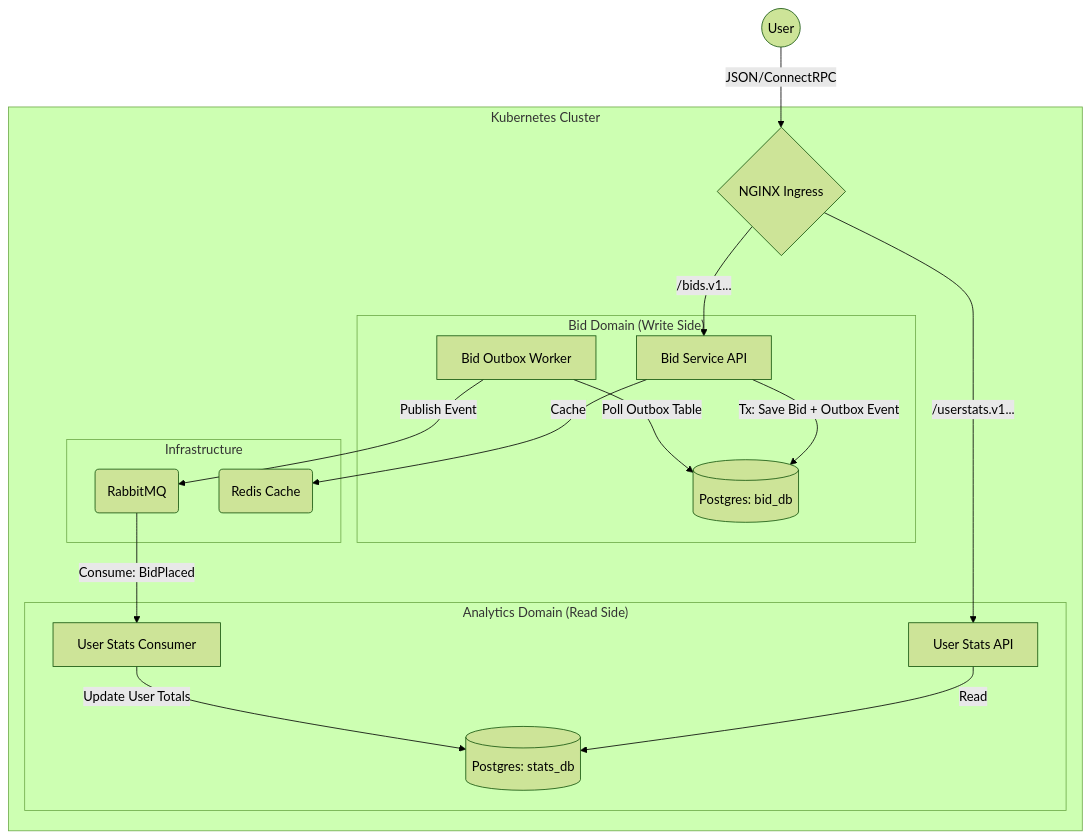
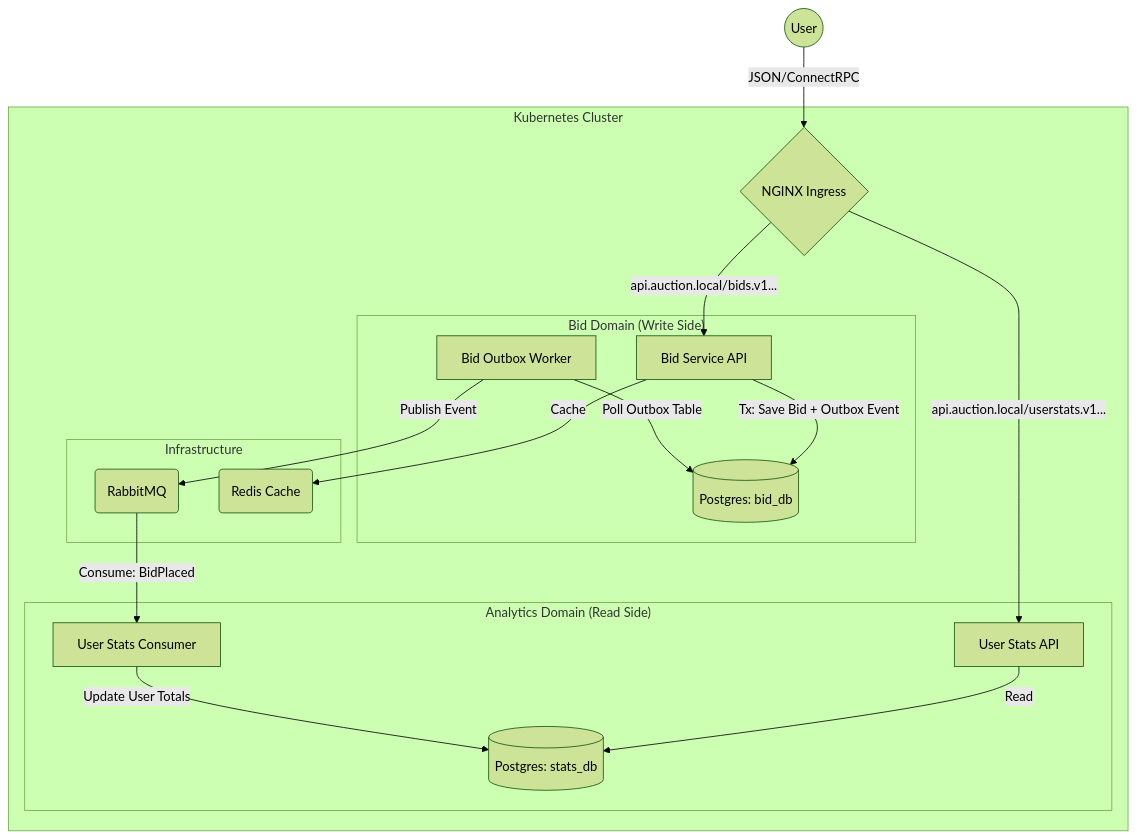
Before and after one commit to floroz/gavel: the diagram in README.md, drawn with Mermaid (forest theme). The commit also changed other lines of this file and 3 other files, not shown here.

````diff
--- a/README.md
+++ b/README.md
@@ -31,27 +31,27 @@
 ```mermaid
 graph TD
     User((User)) -->|JSON/ConnectRPC| Ingress{NGINX Ingress}
     
     subgraph "Kubernetes Cluster"
-        Ingress -->|/bids.v1...| BidAPI[Bid Service API]
-        Ingress -->|/userstats.v1...| StatsAPI[User Stats API]
+        Ingress -->|api.auction.local/bids.v1...| BidAPI[Bid Service API]
+        Ingress -->|api.auction.local/userstats.v1...| StatsAPI[User Stats API]
         
         subgraph "Bid Domain (Write Side)"
             BidAPI -->|Tx: Save Bid + Outbox Event| BidDB[(Postgres: bid_db)]
             Worker[Bid Outbox Worker]
             Worker -->|Poll Outbox Table| BidDB
         end
         
         subgraph "Analytics Domain (Read Side)"
             StatsAPI -->|Read| StatsDB[(Postgres: stats_db)]
             StatsWorker[User Stats Consumer]
             StatsWorker -->|Update User Totals| StatsDB
         end
         
         subgraph "Infrastructure"
             Worker -->|Publish Event| RMQ(RabbitMQ)
             RMQ -->|Consume: BidPlaced| StatsWorker
             BidAPI -->|Cache| Redis(Redis Cache)
         end
     end
 ```
````
